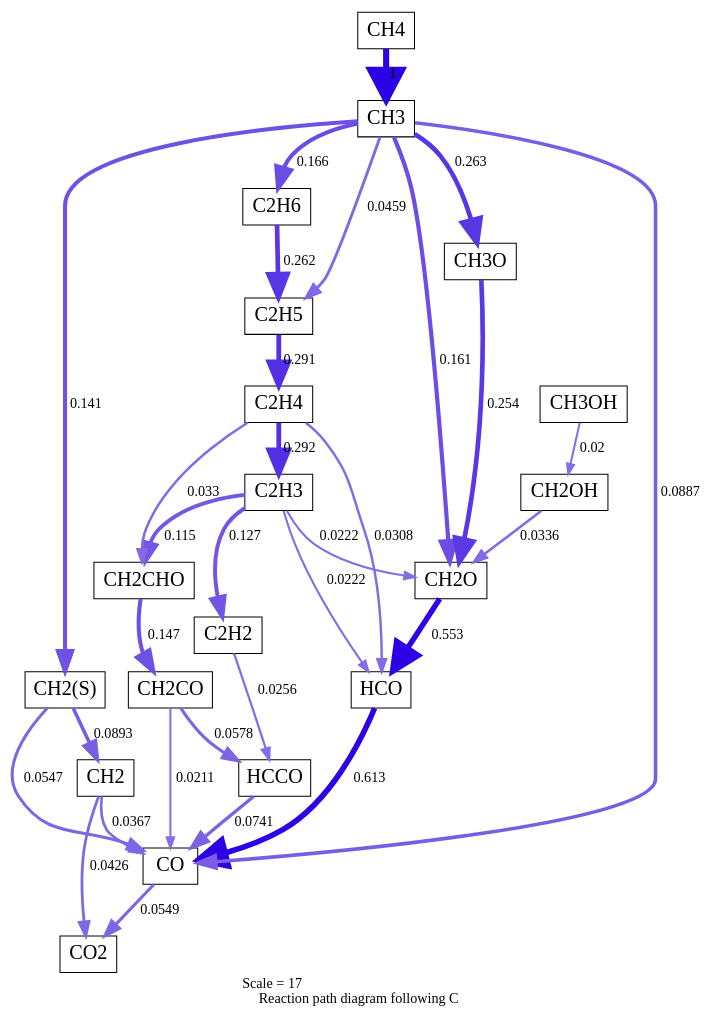
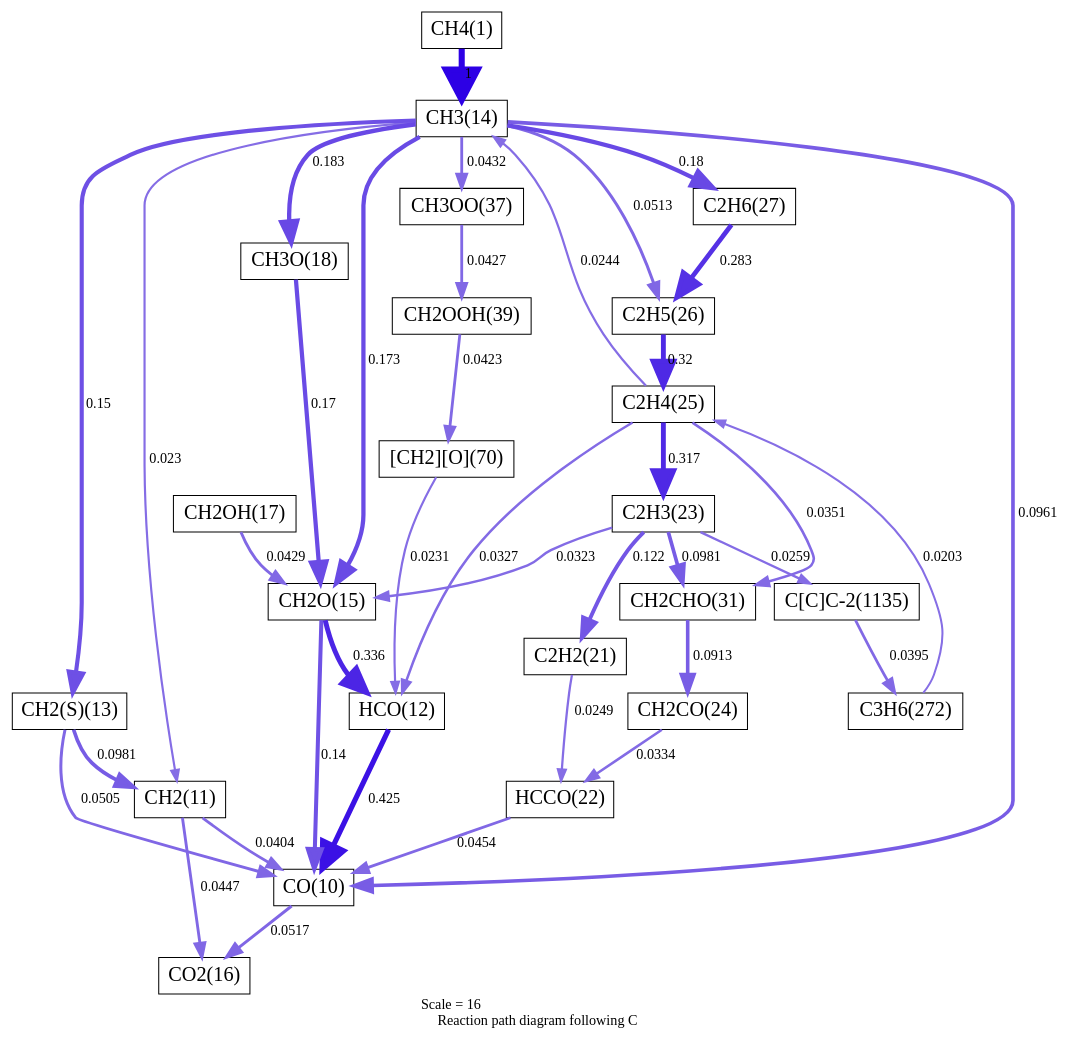
One commit to Herman-Andersson/Combustion_TUM changed the diagram in RMG_methane/Analysis_scripts/ReactionPathDiagram.dot. Above: the diagram before and after it, drawn with Graphviz. The commit also changed 111 other files, not shown here.

```diff
--- a/RMG_methane/Analysis_scripts/ReactionPathDiagram.dot
+++ b/RMG_methane/Analysis_scripts/ReactionPathDiagram.dot
@@ -1,86 +1,104 @@
 digraph reaction_paths {
 node[fontsize=20,shape="box"]
-s10 -> s14[fontname="CMU Serif Roman", penwidth=2.62, arrowsize=1.31, color="0.7, 0.537, 0.9"
-, label=" 0.0367"];
-s16 -> s14[fontname="CMU Serif Roman", penwidth=5.5, arrowsize=2.75, color="0.7, 1.11, 0.9"
-, label=" 0.613"];
-s11 -> s14[fontname="CMU Serif Roman", penwidth=3.03, arrowsize=1.51, color="0.7, 0.555, 0.9"
-, label=" 0.0547"];
-s12 -> s14[fontname="CMU Serif Roman", penwidth=3.52, arrowsize=1.76, color="0.7, 0.589, 0.9"
-, label=" 0.0887"];
-s14 -> s15[fontname="CMU Serif Roman", penwidth=3.03, arrowsize=1.52, color="0.7, 0.555, 0.9"
-, label=" 0.0549"];
-s27 -> s14[fontname="CMU Serif Roman", penwidth=3.34, arrowsize=1.67, color="0.7, 0.574, 0.9"
-, label=" 0.0741"];
-s28 -> s14[fontname="CMU Serif Roman", penwidth=2.05, arrowsize=1.03, color="0.7, 0.521, 0.9"
-, label=" 0.0211"];
-s11 -> s10[fontname="CMU Serif Roman", penwidth=3.53, arrowsize=1.76, color="0.7, 0.589, 0.9"
-, label=" 0.0893"];
-s10 -> s15[fontname="CMU Serif Roman", penwidth=2.77, arrowsize=1.39, color="0.7, 0.543, 0.9"
-, label=" 0.0426"];
-s17 -> s16[fontname="CMU Serif Roman", penwidth=5.39, arrowsize=2.7, color="0.7, 1.05, 0.9"
-, label=" 0.553"];
-s23 -> s16[fontname="CMU Serif Roman", penwidth=2.11, arrowsize=1.05, color="0.7, 0.522, 0.9"
-, label=" 0.0222"];
-s24 -> s16[fontname="CMU Serif Roman", penwidth=2.44, arrowsize=1.22, color="0.7, 0.531, 0.9"
-, label=" 0.0308"];
-s12 -> s11[fontname="CMU Serif Roman", penwidth=4, arrowsize=2, color="0.7, 0.641, 0.9"
-, label=" 0.141"];
-s12 -> s17[fontname="CMU Serif Roman", penwidth=4.13, arrowsize=2.06, color="0.7, 0.661, 0.9"
-, label=" 0.161"];
-s13 -> s12[fontname="CMU Serif Roman", penwidth=6, arrowsize=3, color="0.7, 1.5, 0.9"
+s13 -> s12[fontname="CMU Serif Roman", penwidth=2.72, arrowsize=1.36, color="0.7, 0.54, 0.9"
+, label=" 0.0404"];
+s14 -> s12[fontname="CMU Serif Roman", penwidth=5.13, arrowsize=2.56, color="0.7, 0.925, 0.9"
+, label=" 0.425"];
+s15 -> s12[fontname="CMU Serif Roman", penwidth=2.95, arrowsize=1.47, color="0.7, 0.551, 0.9"
+, label=" 0.0505"];
+s16 -> s12[fontname="CMU Serif Roman", penwidth=3.6, arrowsize=1.8, color="0.7, 0.596, 0.9"
+, label=" 0.0961"];
+s17 -> s12[fontname="CMU Serif Roman", penwidth=3.99, arrowsize=1.99, color="0.7, 0.64, 0.9"
+, label=" 0.14"];
+s12 -> s18[fontname="CMU Serif Roman", penwidth=2.97, arrowsize=1.49, color="0.7, 0.552, 0.9"
+, label=" 0.0517"];
+s24 -> s12[fontname="CMU Serif Roman", penwidth=2.84, arrowsize=1.42, color="0.7, 0.545, 0.9"
+, label=" 0.0454"];
+s15 -> s13[fontname="CMU Serif Roman", penwidth=3.63, arrowsize=1.81, color="0.7, 0.598, 0.9"
+, label=" 0.0981"];
+s16 -> s13[fontname="CMU Serif Roman", penwidth=2.14, arrowsize=1.07, color="0.7, 0.523, 0.9"
+, label=" 0.023"];
+s13 -> s18[fontname="CMU Serif Roman", penwidth=2.82, arrowsize=1.41, color="0.7, 0.545, 0.9"
+, label=" 0.0447"];
+s17 -> s14[fontname="CMU Serif Roman", penwidth=4.88, arrowsize=2.44, color="0.7, 0.836, 0.9"
+, label=" 0.336"];
+s27 -> s14[fontname="CMU Serif Roman", penwidth=2.5, arrowsize=1.25, color="0.7, 0.533, 0.9"
+, label=" 0.0327"];
+s42 -> s14[fontname="CMU Serif Roman", penwidth=2.15, arrowsize=1.07, color="0.7, 0.523, 0.9"
+, label=" 0.0231"];
+s16 -> s15[fontname="CMU Serif Roman", penwidth=4.06, arrowsize=2.03, color="0.7, 0.65, 0.9"
+, label=" 0.15"];
+s16 -> s17[fontname="CMU Serif Roman", penwidth=4.21, arrowsize=2.1, color="0.7, 0.673, 0.9"
+, label=" 0.173"];
+s3 -> s16[fontname="CMU Serif Roman", penwidth=6, arrowsize=3, color="0.7, 1.5, 0.9"
 , label=" 1"];
-s12 -> s19[fontname="CMU Serif Roman", penwidth=4.64, arrowsize=2.32, color="0.7, 0.763, 0.9"
-, label=" 0.263"];
-s12 -> s25[fontname="CMU Serif Roman", penwidth=2.85, arrowsize=1.42, color="0.7, 0.546, 0.9"
-, label=" 0.0459"];
-s12 -> s26[fontname="CMU Serif Roman", penwidth=4.17, arrowsize=2.08, color="0.7, 0.666, 0.9"
-, label=" 0.166"];
-s18 -> s17[fontname="CMU Serif Roman", penwidth=2.53, arrowsize=1.27, color="0.7, 0.534, 0.9"
-, label=" 0.0336"];
-s19 -> s17[fontname="CMU Serif Roman", penwidth=4.6, arrowsize=2.3, color="0.7, 0.754, 0.9"
-, label=" 0.254"];
-s23 -> s17[fontname="CMU Serif Roman", penwidth=2.11, arrowsize=1.05, color="0.7, 0.522, 0.9"
-, label=" 0.0222"];
-s20 -> s18[fontname="CMU Serif Roman", penwidth=2, arrowsize=1, color="0.7, 0.52, 0.9"
-, label=" 0.02"];
-s22 -> s27[fontname="CMU Serif Roman", penwidth=2.25, arrowsize=1.13, color="0.7, 0.526, 0.9"
-, label=" 0.0256"];
-s23 -> s22[fontname="CMU Serif Roman", penwidth=3.89, arrowsize=1.95, color="0.7, 0.627, 0.9"
-, label=" 0.127"];
-s28 -> s27[fontname="CMU Serif Roman", penwidth=3.09, arrowsize=1.54, color="0.7, 0.558, 0.9"
-, label=" 0.0578"];
-s24 -> s23[fontname="CMU Serif Roman", penwidth=4.74, arrowsize=2.37, color="0.7, 0.792, 0.9"
-, label=" 0.292"];
-s23 -> s51[fontname="CMU Serif Roman", penwidth=3.78, arrowsize=1.89, color="0.7, 0.615, 0.9"
-, label=" 0.115"];
-s51 -> s28[fontname="CMU Serif Roman", penwidth=4.04, arrowsize=2.02, color="0.7, 0.647, 0.9"
-, label=" 0.147"];
-s25 -> s24[fontname="CMU Serif Roman", penwidth=4.74, arrowsize=2.37, color="0.7, 0.791, 0.9"
-, label=" 0.291"];
-s24 -> s51[fontname="CMU Serif Roman", penwidth=2.51, arrowsize=1.26, color="0.7, 0.533, 0.9"
-, label=" 0.033"];
-s26 -> s25[fontname="CMU Serif Roman", penwidth=4.63, arrowsize=2.32, color="0.7, 0.762, 0.9"
-, label=" 0.262"];
-s10 [ fontname="CMU Serif Roman", label="CH2"];
-s11 [ fontname="CMU Serif Roman", label="CH2(S)"];
-s12 [ fontname="CMU Serif Roman", label="CH3"];
-s13 [ fontname="CMU Serif Roman", label="CH4"];
-s14 [ fontname="CMU Serif Roman", label="CO"];
-s15 [ fontname="CMU Serif Roman", label="CO2"];
-s16 [ fontname="CMU Serif Roman", label="HCO"];
-s17 [ fontname="CMU Serif Roman", label="CH2O"];
-s18 [ fontname="CMU Serif Roman", label="CH2OH"];
-s19 [ fontname="CMU Serif Roman", label="CH3O"];
-s20 [ fontname="CMU Serif Roman", label="CH3OH"];
-s22 [ fontname="CMU Serif Roman", label="C2H2"];
-s23 [ fontname="CMU Serif Roman", label="C2H3"];
-s24 [ fontname="CMU Serif Roman", label="C2H4"];
-s25 [ fontname="CMU Serif Roman", label="C2H5"];
-s26 [ fontname="CMU Serif Roman", label="C2H6"];
-s27 [ fontname="CMU Serif Roman", label="HCCO"];
-s28 [ fontname="CMU Serif Roman", label="CH2CO"];
-s51 [ fontname="CMU Serif Roman", label="CH2CHO"];
- label = "Scale = 17\l Reaction path diagram following C";
+s16 -> s20[fontname="CMU Serif Roman", penwidth=4.26, arrowsize=2.13, color="0.7, 0.683, 0.9"
+, label=" 0.183"];
+s27 -> s16[fontname="CMU Serif Roman", penwidth=2.2, arrowsize=1.1, color="0.7, 0.524, 0.9"
+, label=" 0.0244"];
+s16 -> s28[fontname="CMU Serif Roman", penwidth=2.96, arrowsize=1.48, color="0.7, 0.551, 0.9"
+, label=" 0.0513"];
+s16 -> s29[fontname="CMU Serif Roman", penwidth=4.25, arrowsize=2.12, color="0.7, 0.68, 0.9"
+, label=" 0.18"];
+s16 -> s36[fontname="CMU Serif Roman", penwidth=2.79, arrowsize=1.39, color="0.7, 0.543, 0.9"
+, label=" 0.0432"];
+s19 -> s17[fontname="CMU Serif Roman", penwidth=2.78, arrowsize=1.39, color="0.7, 0.543, 0.9"
+, label=" 0.0429"];
+s20 -> s17[fontname="CMU Serif Roman", penwidth=4.19, arrowsize=2.09, color="0.7, 0.67, 0.9"
+, label=" 0.17"];
+s25 -> s17[fontname="CMU Serif Roman", penwidth=2.49, arrowsize=1.25, color="0.7, 0.532, 0.9"
+, label=" 0.0323"];
+s23 -> s24[fontname="CMU Serif Roman", penwidth=2.23, arrowsize=1.11, color="0.7, 0.525, 0.9"
+, label=" 0.0249"];
+s25 -> s23[fontname="CMU Serif Roman", penwidth=3.85, arrowsize=1.93, color="0.7, 0.622, 0.9"
+, label=" 0.122"];
+s26 -> s24[fontname="CMU Serif Roman", penwidth=2.53, arrowsize=1.26, color="0.7, 0.533, 0.9"
+, label=" 0.0334"];
+s27 -> s25[fontname="CMU Serif Roman", penwidth=4.83, arrowsize=2.41, color="0.7, 0.817, 0.9"
+, label=" 0.317"];
+s25 -> s33[fontname="CMU Serif Roman", penwidth=3.63, arrowsize=1.81, color="0.7, 0.598, 0.9"
+, label=" 0.0981"];
+s25 -> s47[fontname="CMU Serif Roman", penwidth=2.26, arrowsize=1.13, color="0.7, 0.526, 0.9"
+, label=" 0.0259"];
+s33 -> s26[fontname="CMU Serif Roman", penwidth=3.55, arrowsize=1.78, color="0.7, 0.591, 0.9"
+, label=" 0.0913"];
+s28 -> s27[fontname="CMU Serif Roman", penwidth=4.83, arrowsize=2.42, color="0.7, 0.82, 0.9"
+, label=" 0.32"];
+s27 -> s33[fontname="CMU Serif Roman", penwidth=2.57, arrowsize=1.29, color="0.7, 0.535, 0.9"
+, label=" 0.0351"];
+s45 -> s27[fontname="CMU Serif Roman", penwidth=2.01, arrowsize=1.01, color="0.7, 0.52, 0.9"
+, label=" 0.0203"];
+s29 -> s28[fontname="CMU Serif Roman", penwidth=4.71, arrowsize=2.36, color="0.7, 0.783, 0.9"
+, label=" 0.283"];
+s36 -> s38[fontname="CMU Serif Roman", penwidth=2.78, arrowsize=1.39, color="0.7, 0.543, 0.9"
+, label=" 0.0427"];
+s38 -> s42[fontname="CMU Serif Roman", penwidth=2.77, arrowsize=1.38, color="0.7, 0.542, 0.9"
+, label=" 0.0423"];
+s47 -> s45[fontname="CMU Serif Roman", penwidth=2.7, arrowsize=1.35, color="0.7, 0.539, 0.9"
+, label=" 0.0395"];
+s3 [ fontname="CMU Serif Roman", label="CH4(1)"];
+s12 [ fontname="CMU Serif Roman", label="CO(10)"];
+s13 [ fontname="CMU Serif Roman", label="CH2(11)"];
+s14 [ fontname="CMU Serif Roman", label="HCO(12)"];
+s15 [ fontname="CMU Serif Roman", label="CH2(S)(13)"];
+s16 [ fontname="CMU Serif Roman", label="CH3(14)"];
+s17 [ fontname="CMU Serif Roman", label="CH2O(15)"];
+s18 [ fontname="CMU Serif Roman", label="CO2(16)"];
+s19 [ fontname="CMU Serif Roman", label="CH2OH(17)"];
+s20 [ fontname="CMU Serif Roman", label="CH3O(18)"];
+s23 [ fontname="CMU Serif Roman", label="C2H2(21)"];
+s24 [ fontname="CMU Serif Roman", label="HCCO(22)"];
+s25 [ fontname="CMU Serif Roman", label="C2H3(23)"];
+s26 [ fontname="CMU Serif Roman", label="CH2CO(24)"];
+s27 [ fontname="CMU Serif Roman", label="C2H4(25)"];
+s28 [ fontname="CMU Serif Roman", label="C2H5(26)"];
+s29 [ fontname="CMU Serif Roman", label="C2H6(27)"];
+s33 [ fontname="CMU Serif Roman", label="CH2CHO(31)"];
+s36 [ fontname="CMU Serif Roman", label="CH3OO(37)"];
+s38 [ fontname="CMU Serif Roman", label="CH2OOH(39)"];
+s42 [ fontname="CMU Serif Roman", label="[CH2][O](70)"];
+s45 [ fontname="CMU Serif Roman", label="C3H6(272)"];
+s47 [ fontname="CMU Serif Roman", label="C[C]C-2(1135)"];
+ label = "Scale = 16\l Reaction path diagram following C";
  fontname = "CMU Serif Roman";
 }
```
